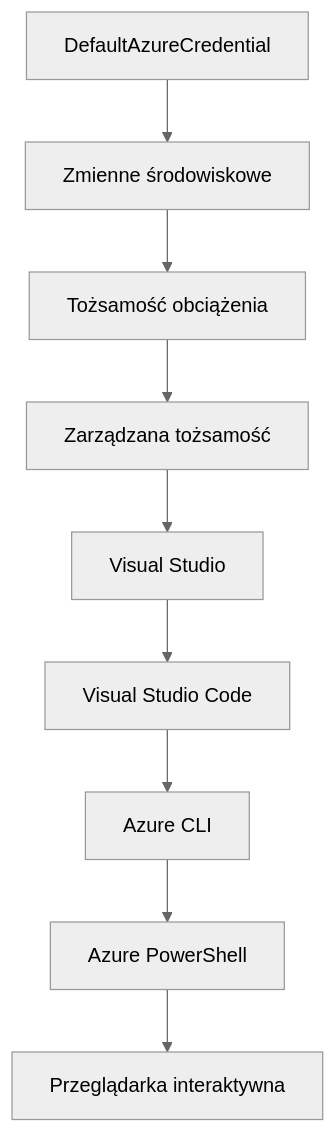
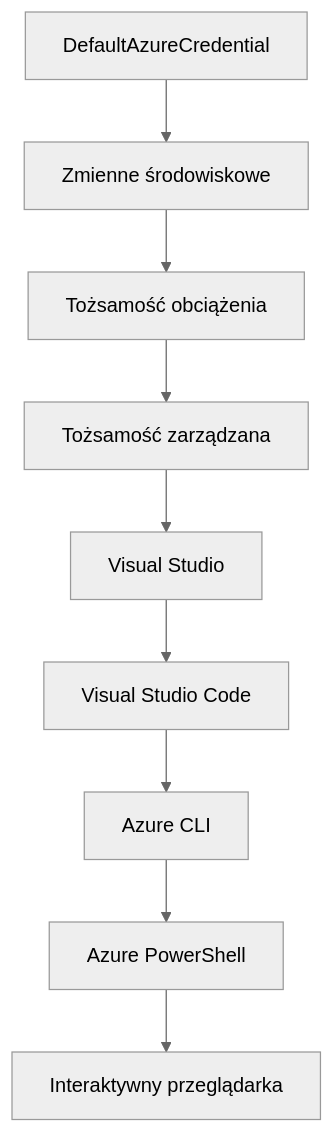
One commit to microsoft/AZD-for-beginners changed the second of 2 diagrams in translations/pl/docs/chapter-01-foundation/azd-basics.md. Above: the diagram before and after it, drawn with Mermaid (neutral theme). The commit also changed other lines of this file and 101 other files, not shown here.

````diff
--- a/translations/pl/docs/chapter-01-foundation/azd-basics.md
+++ b/translations/pl/docs/chapter-01-foundation/azd-basics.md
@@ -592,11 +591,11 @@
 ```mermaid
 graph TD
     A[DefaultAzureCredential] --> B[Zmienne środowiskowe]
     B --> C[Tożsamość obciążenia]
-    C --> D[Zarządzana tożsamość]
+    C --> D[Tożsamość zarządzana]
     D --> E[Visual Studio]
     E --> F[Visual Studio Code]
     F --> G[Azure CLI]
     G --> H[Azure PowerShell]
-    H --> I[Przeglądarka interaktywna]
+    H --> I[Interaktywny przeglądarka]
 ```
````
